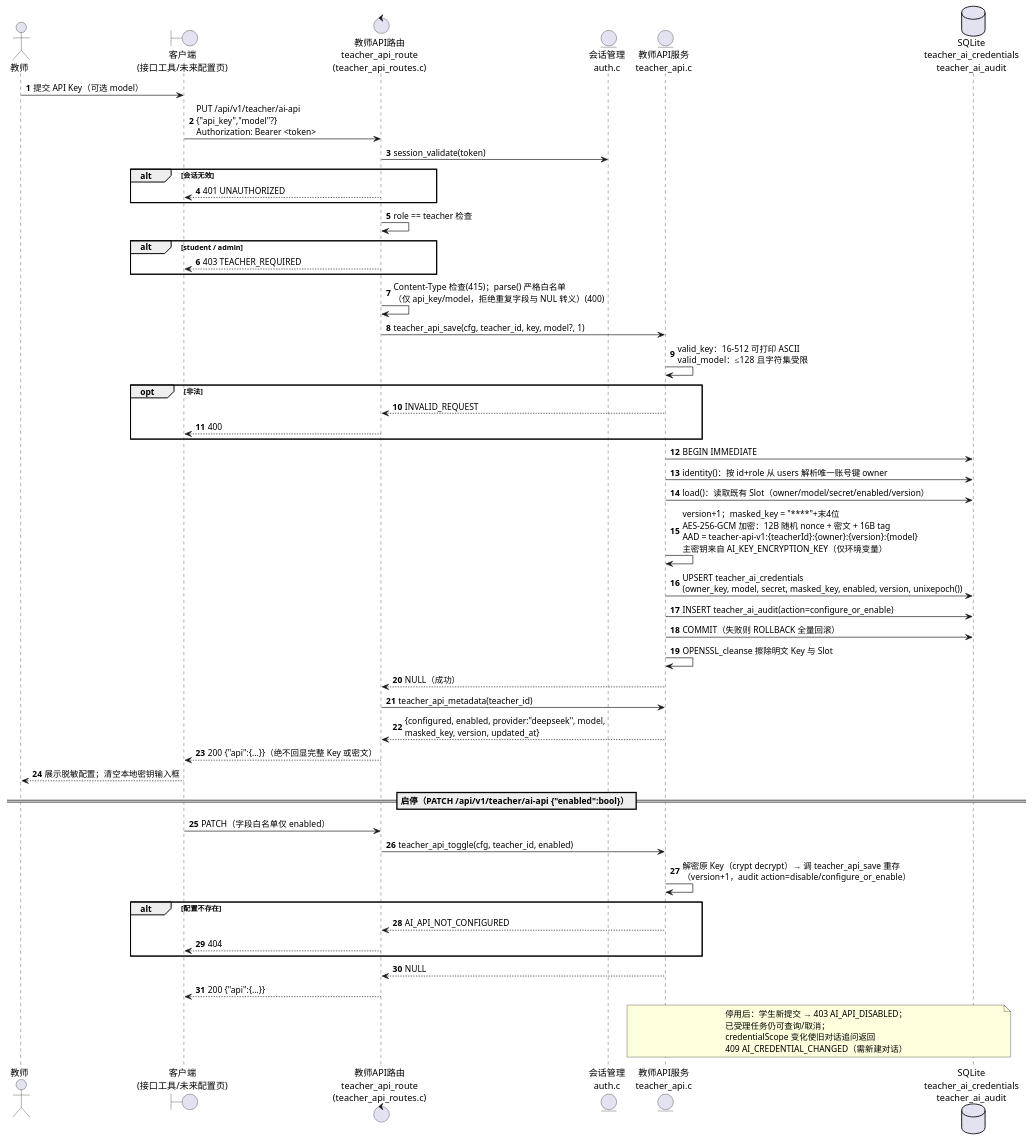
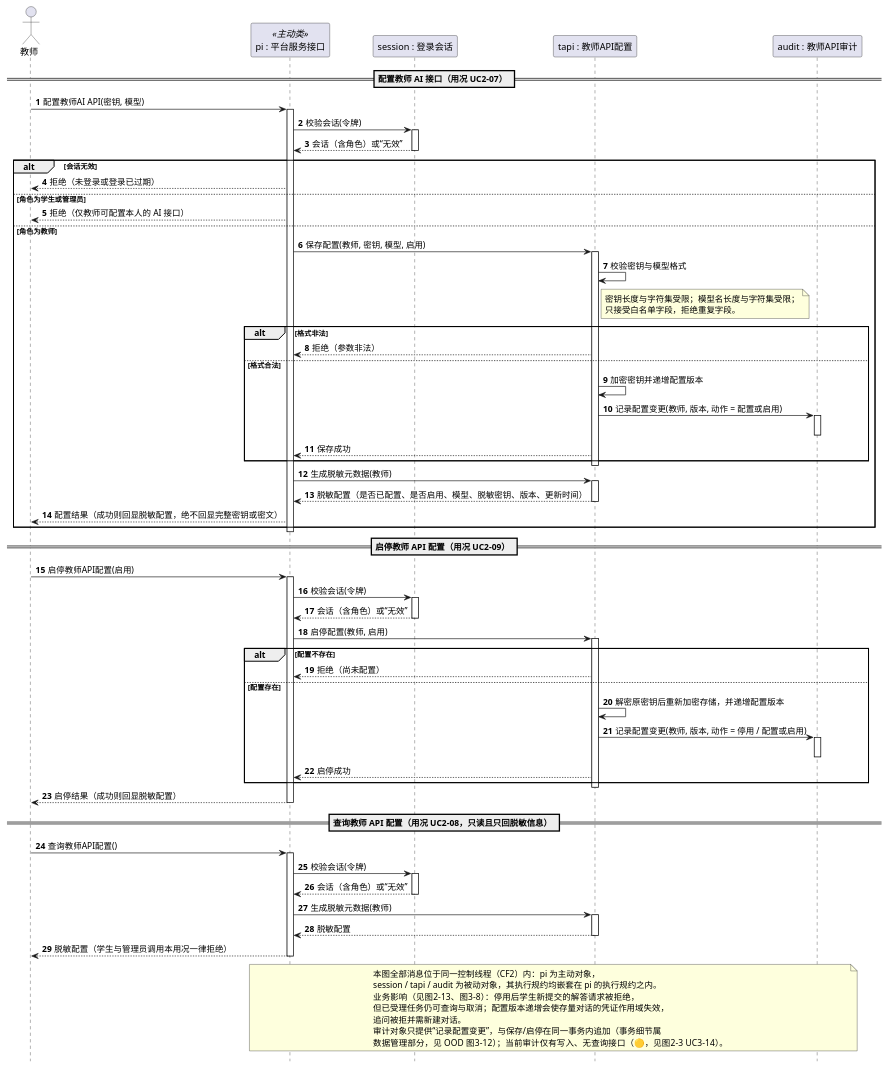
The diagram in OOA_OOD/diagrams/sequence/seq5_teacher_api_config.puml (Araaaagorn/ai-question-bank), drawn with PlantUML before and after one commit. The commit also changed 86 other files, not shown here.

```diff
--- a/OOA_OOD/diagrams/sequence/seq5_teacher_api_config.puml
+++ b/OOA_OOD/diagrams/sequence/seq5_teacher_api_config.puml
@@ -1,65 +1,106 @@
 @startuml seq5_teacher_api_config
-' 顺序图5：教师配置/启停自己的 AI API（v1.3，默认 teacher 模式）
-' 依据：server/src/teacher_api_routes.c、teacher_api.c（AES-256-GCM 加解密、审计、版本）、
-'       docs/teacher-api.md；说明：web/ 无管理页面，当前经接口工具调用
+' AI+题库智能教学平台 — 图2-10 顺序图5：教师配置本人的 AI 接口（OOA 分析层，v1.3 默认 teacher 模式）
+' 课程依据（第11讲 p6/p7/p9/p16-21；第10讲 p14 OOA 不含 GUI 与 DBMS 对象）
+'   本图不含“客户端/未来配置页”（人机交互部分）与教师API路由/教师API服务/SQLite
+'   （控制驱动与数据管理部分的设计拆分）；加密算法、审计表、事务边界与脱敏回显的
+'   语句级顺序见 OOD 图3-12（教师 API 配置设计顺序图）与图3-6。
+' 说明：消息名与图2-4/图2-5 类图 Session / TeacherApiConfig / TeacherApiAudit 的操作一一对应；
+'       对象状态变迁见图2-13（教师 AI API 配置生命周期）。
+'       前端已提供教师 API 配置页（#teacher-api，web/js/teacher-api.js 的 TeacherApiPage，
+'       上游 #25 实现），其界面类与数据管理细节见 OOD 图3-2 / 图3-3 / 图3-12。
+' 依据：server/src/teacher_api_routes.c、teacher_api.c、docs/teacher-api.md
 autonumber
 skinparam shadowing false
+' 课程格式（第11讲 p6）：对象只在顺序图**顶部**标注一次（[对象名] : 类名）；
+' 下方不再重复绘制对象框与对象名，故关闭 PlantUML 默认的底部 footbox。
+hide footbox
 
 actor "教师" as T
-boundary "客户端\n(接口工具/未来配置页)" as CLI
-control "教师API路由\nteacher_api_route\n(teacher_api_routes.c)" as TR
-entity "会话管理\nauth.c" as SESS
-entity "教师API服务\nteacher_api.c" as TA
-database "SQLite\nteacher_ai_credentials\nteacher_ai_audit" as DB
+participant "pi : 平台服务接口" as PI <<主动类>>
+participant "session : 登录会话" as SESS
+participant "tapi : 教师API配置" as TAPI
+participant "audit : 教师API审计" as AUDIT
 
-T -> CLI : 提交 API Key（可选 model）
-CLI -> TR : PUT /api/v1/teacher/ai-api\n{"api_key","model"?}\nAuthorization: Bearer <token>
-TR -> SESS : session_validate(token)
+== 配置教师 AI 接口（用况 UC2-07） ==
+T -> PI : 配置教师AI API(密钥, 模型)
+activate PI
+PI -> SESS : 校验会话(令牌)
+activate SESS
+SESS --> PI : 会话（含角色）或“无效”
+deactivate SESS
 alt 会话无效
-  TR --> CLI : 401 UNAUTHORIZED
+  PI --> T : 拒绝（未登录或登录已过期）
+else 角色为学生或管理员
+  PI --> T : 拒绝（仅教师可配置本人的 AI 接口）
+else 角色为教师
+  PI -> TAPI : 保存配置(教师, 密钥, 模型, 启用)
+  activate TAPI
+  TAPI -> TAPI : 校验密钥与模型格式
+  note right of TAPI
+    密钥长度与字符集受限；模型名长度与字符集受限；
+    只接受白名单字段，拒绝重复字段。
+  end note
+  alt 格式非法
+    TAPI --> PI : 拒绝（参数非法）
+  else 格式合法
+    TAPI -> TAPI : 加密密钥并递增配置版本
+    TAPI -> AUDIT : 记录配置变更(教师, 版本, 动作 = 配置或启用)
+    activate AUDIT
+    deactivate AUDIT
+    TAPI --> PI : 保存成功
+  end
+  deactivate TAPI
+  PI -> TAPI : 生成脱敏元数据(教师)
+  activate TAPI
+  TAPI --> PI : 脱敏配置（是否已配置、是否启用、模型、脱敏密钥、版本、更新时间）
+  deactivate TAPI
+  PI --> T : 配置结果（成功则回显脱敏配置，绝不回显完整密钥或密文）
 end
-TR -> TR : role == teacher 检查
-alt student / admin
-  TR --> CLI : 403 TEACHER_REQUIRED
+deactivate PI
+
+== 启停教师 API 配置（用况 UC2-09） ==
+T -> PI : 启停教师API配置(启用)
+activate PI
+PI -> SESS : 校验会话(令牌)
+activate SESS
+SESS --> PI : 会话（含角色）或“无效”
+deactivate SESS
+PI -> TAPI : 启停配置(教师, 启用)
+activate TAPI
+alt 配置不存在
+  TAPI --> PI : 拒绝（尚未配置）
+else 配置存在
+  TAPI -> TAPI : 解密原密钥后重新加密存储，并递增配置版本
+  TAPI -> AUDIT : 记录配置变更(教师, 版本, 动作 = 停用 / 配置或启用)
+  activate AUDIT
+  deactivate AUDIT
+  TAPI --> PI : 启停成功
 end
-TR -> TR : Content-Type 检查(415)；parse() 严格白名单\n（仅 api_key/model，拒绝重复字段与 NUL 转义）(400)
-TR -> TA : teacher_api_save(cfg, teacher_id, key, model?, 1)
+deactivate TAPI
+PI --> T : 启停结果（成功则回显脱敏配置）
+deactivate PI
 
-TA -> TA : valid_key：16–512 可打印 ASCII\nvalid_model：≤128 且字符集受限
-opt 非法
-  TA --> TR : INVALID_REQUEST
-  TR --> CLI : 400
-end
+== 查询教师 API 配置（用况 UC2-08，只读且只回脱敏信息） ==
+T -> PI : 查询教师API配置()
+activate PI
+PI -> SESS : 校验会话(令牌)
+activate SESS
+SESS --> PI : 会话（含角色）或“无效”
+deactivate SESS
+PI -> TAPI : 生成脱敏元数据(教师)
+activate TAPI
+TAPI --> PI : 脱敏配置
+deactivate TAPI
+PI --> T : 脱敏配置（学生与管理员调用本用况一律拒绝）
+deactivate PI
 
-TA -> DB : BEGIN IMMEDIATE
-TA -> DB : identity()：按 id+role 从 users 解析唯一账号键 owner
-TA -> DB : load()：读取既有 Slot（owner/model/secret/enabled/version）
-TA -> TA : version+1；masked_key = "****"+末4位\nAES-256-GCM 加密：12B 随机 nonce + 密文 + 16B tag\nAAD = teacher-api-v1:{teacherId}:{owner}:{version}:{model}\n主密钥来自 AI_KEY_ENCRYPTION_KEY（仅环境变量）
-TA -> DB : UPSERT teacher_ai_credentials\n(owner_key, model, secret, masked_key, enabled, version, unixepoch())
-TA -> DB : INSERT teacher_ai_audit(action=configure_or_enable)
-TA -> DB : COMMIT（失败则 ROLLBACK 全量回滚）
-TA -> TA : OPENSSL_cleanse 擦除明文 Key 与 Slot
-TA --> TR : NULL（成功）
-TR -> TA : teacher_api_metadata(teacher_id)
-TA --> TR : {configured, enabled, provider:"deepseek", model,\nmasked_key, version, updated_at}
-TR --> CLI : 200 {"api":{...}}（绝不回显完整 Key 或密文）
-CLI --> T : 展示脱敏配置；清空本地密钥输入框
-
-== 启停（PATCH /api/v1/teacher/ai-api {"enabled":bool}） ==
-CLI -> TR : PATCH（字段白名单仅 enabled）
-TR -> TA : teacher_api_toggle(cfg, teacher_id, enabled)
-TA -> TA : 解密原 Key（crypt decrypt）→ 调 teacher_api_save 重存\n（version+1，audit action=disable/configure_or_enable）
-alt 配置不存在
-  TA --> TR : AI_API_NOT_CONFIGURED
-  TR --> CLI : 404
-end
-TA --> TR : NULL
-TR --> CLI : 200 {"api":{...}}
-
-note over TA, DB
-  停用后：学生新提交 → 403 AI_API_DISABLED；
-  已受理任务仍可查询/取消；
-  credentialScope 变化使旧对话追问返回
-  409 AI_CREDENTIAL_CHANGED（需新建对话）
+note over PI, AUDIT
+  本图全部消息位于同一控制线程（CF2）内：pi 为主动对象，
+  session / tapi / audit 为被动对象，其执行规约均嵌套在 pi 的执行规约之内。
+  业务影响（见图2-13、图3-8）：停用后学生新提交的解答请求被拒绝，
+  但已受理任务仍可查询与取消；配置版本递增会使存量对话的凭证作用域失效，
+  追问被拒并需新建对话。
+  审计对象只提供“记录配置变更”，与保存/启停在同一事务内追加（事务细节属
+  数据管理部分，见 OOD 图3-12）；当前审计仅有写入、无查询接口（🟡，见图2-3 UC3-14）。
 end note
 @enduml
```
